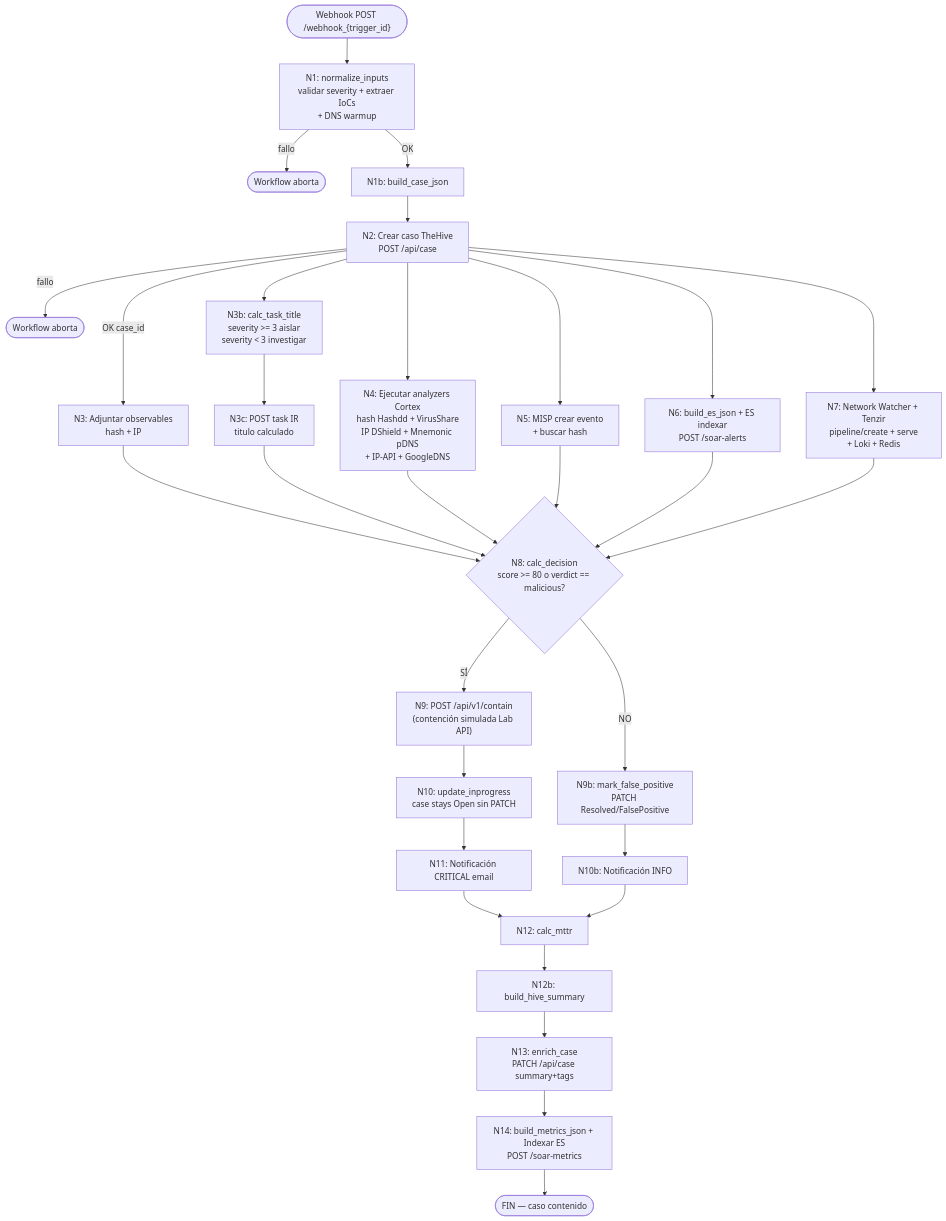
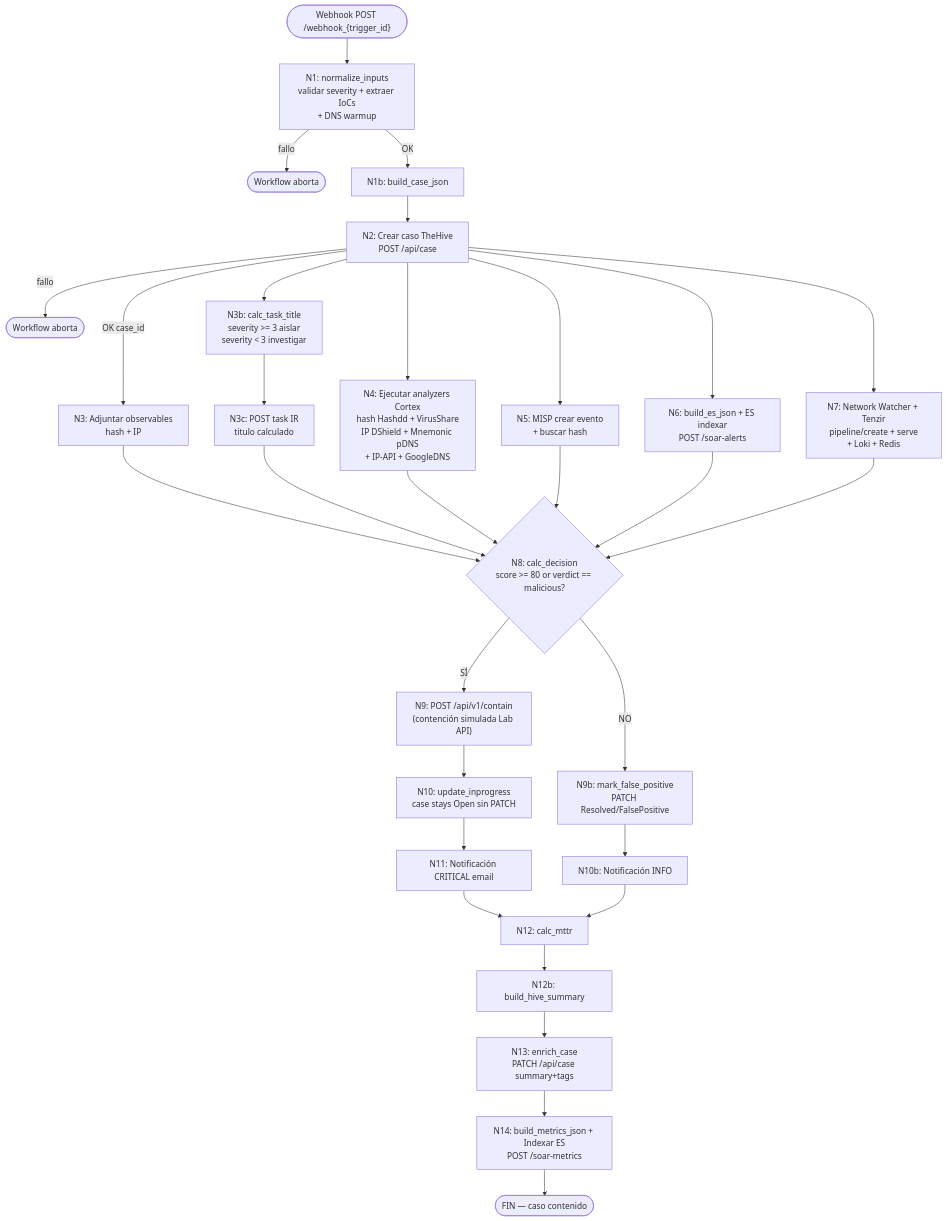
Before and after one commit to alesanfe/soar-ransomware-lab: the tenth of 22 diagrams in docs/02-architecture.md, drawn with Mermaid. The commit also changed other lines of this file and 5 other files, not shown here.

Commit message:
docs: fix MSV->MVP, Mermaid o/y->or/and, Thehive->TheHive, Misp->MISP, missing SIEM source, incomplete heading, incomplete code comment, R5 tracking, workaround numbering

````diff
--- a/docs/02-architecture.md
+++ b/docs/02-architecture.md
@@ -3015,35 +3015,35 @@
 ```mermaid
 flowchart TD
  A(["Webhook POST /webhook_{trigger_id}"]) --> B["N1: normalize_inputs<br/>validar severity + extraer IoCs<br/>+ DNS warmup"]
  B -->|fallo| ERR1([Workflow aborta])
  B -->|OK| B2[N1b: build_case_json]
  B2 --> D[N2: Crear caso TheHive<br/>POST /api/case]
  D -->|fallo| ERR2([Workflow aborta])
  D -->|OK case_id| E[N3: Adjuntar observables<br/>hash + IP]
  D --> E2[N3b: calc_task_title<br/>severity >= 3 aislar<br/>severity < 3 investigar]
  E2 --> E3[N3c: POST task IR<br/>titulo calculado]
  D --> F[N4: Ejecutar analyzers Cortex<br/>hash Hashdd + VirusShare<br/>IP DShield + Mnemonic pDNS<br/>+ IP-API + GoogleDNS]
  D --> G[N5: MISP crear evento<br/>+ buscar hash]
  D --> H[N6: build_es_json + ES indexar<br/>POST /soar-alerts]
  D --> I[N7: Network Watcher + Tenzir<br/>pipeline/create + serve<br/>+ Loki + Redis]
 
- E --> J{N8: calc_decision<br/>score >= 80 o verdict == malicious?}
+ E --> J{N8: calc_decision<br/>score >= 80 or verdict == malicious?}
  E3 --> J
  F --> J
  G --> J
  H --> J
  I --> J
 
  J -->|SÍ| K["N9: POST /api/v1/contain<br/>(contención simulada Lab API)"]
  K --> L["N10: update_inprogress<br/>case stays Open sin PATCH"]
  L --> M[N11: Notificación CRITICAL email]
  M --> N[N12: calc_mttr]
  N --> N2[N12b: build_hive_summary]
  N2 --> O[N13: enrich_case<br/>PATCH /api/case summary+tags]
  O --> P[N14: build_metrics_json + Indexar ES<br/>POST /soar-metrics]
  P --> Z([FIN — caso contenido])
 
  J -->|NO| K2[N9b: mark_false_positive<br/>PATCH Resolved/FalsePositive]
  K2 --> L2[N10b: Notificación INFO]
  L2 --> N
 ```
````
